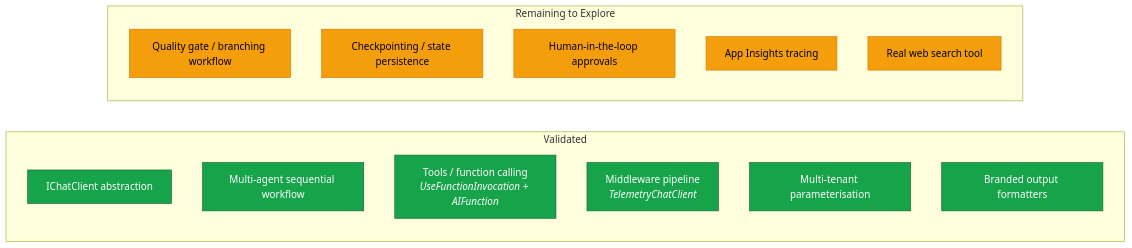
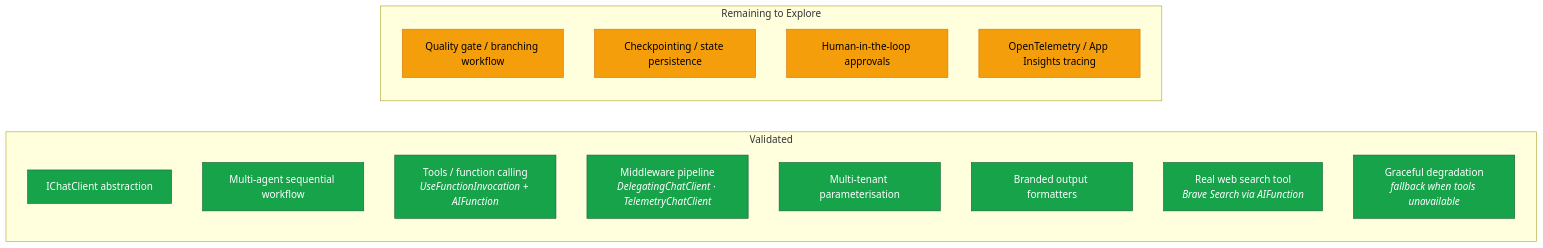
One commit to mondweep/vibe-cast changed the second of 2 diagrams in README.md. Above: the diagram before and after it, drawn with Mermaid. The commit also changed other lines of this file, not shown here.

First line of the commit message:
docs: README status update — middleware, web search, edges remaining

````diff
--- a/README.md
+++ b/README.md
@@ -73,25 +75,26 @@
 ```mermaid
 graph LR
     subgraph "Validated"
         A1["IChatClient abstraction"]
         A2["Multi-agent sequential workflow"]
         A3["Tools / function calling<br/><i>UseFunctionInvocation + AIFunction</i>"]
-        A4["Middleware pipeline<br/><i>TelemetryChatClient</i>"]
+        A4["Middleware pipeline<br/><i>DelegatingChatClient · TelemetryChatClient</i>"]
         A5["Multi-tenant parameterisation"]
         A6["Branded output formatters"]
+        A7["Real web search tool<br/><i>Brave Search via AIFunction</i>"]
+        A8["Graceful degradation<br/><i>fallback when tools unavailable</i>"]
     end
 
     subgraph "Remaining to Explore"
         B1["Quality gate / branching workflow"]
         B2["Checkpointing / state persistence"]
         B3["Human-in-the-loop approvals"]
-        B4["App Insights tracing"]
-        B5["Real web search tool"]
+        B4["OpenTelemetry / App Insights tracing"]
     end
 
     classDef done fill:#16a34a,stroke:#166534,color:#fff
     classDef todo fill:#f59e0b,stroke:#d97706,color:#000
 
-    class A1,A2,A3,A4,A5,A6 done
-    class B1,B2,B3,B4,B5 todo
+    class A1,A2,A3,A4,A5,A6,A7,A8 done
+    class B1,B2,B3,B4 todo
 ```
````
